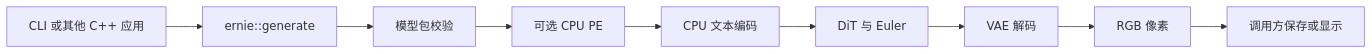
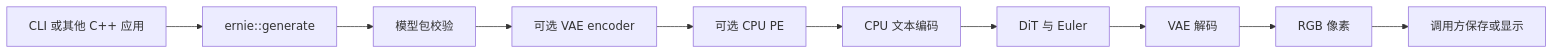
Before and after one commit to mingshi2333/ernie-image-ncnn-vulkan: the diagram in docs/CODE-STRUCTURE.md, drawn with Mermaid. The commit also changed other lines of this file and 14 other files, not shown here.

````diff
--- a/docs/CODE-STRUCTURE.md
+++ b/docs/CODE-STRUCTURE.md
@@ -53,11 +55,12 @@
 ```mermaid
 flowchart LR
     A[CLI 或其他 C++ 应用] --> B[ernie::generate]
     B --> C[模型包校验]
-    C --> D[可选 CPU PE]
+    C --> J[可选 VAE encoder]
+    J --> D[可选 CPU PE]
     D --> E[CPU 文本编码]
     E --> F[DiT 与 Euler]
     F --> G[VAE 解码]
     G --> H[RGB 像素]
     H --> I[调用方保存或显示]
 ```
````
